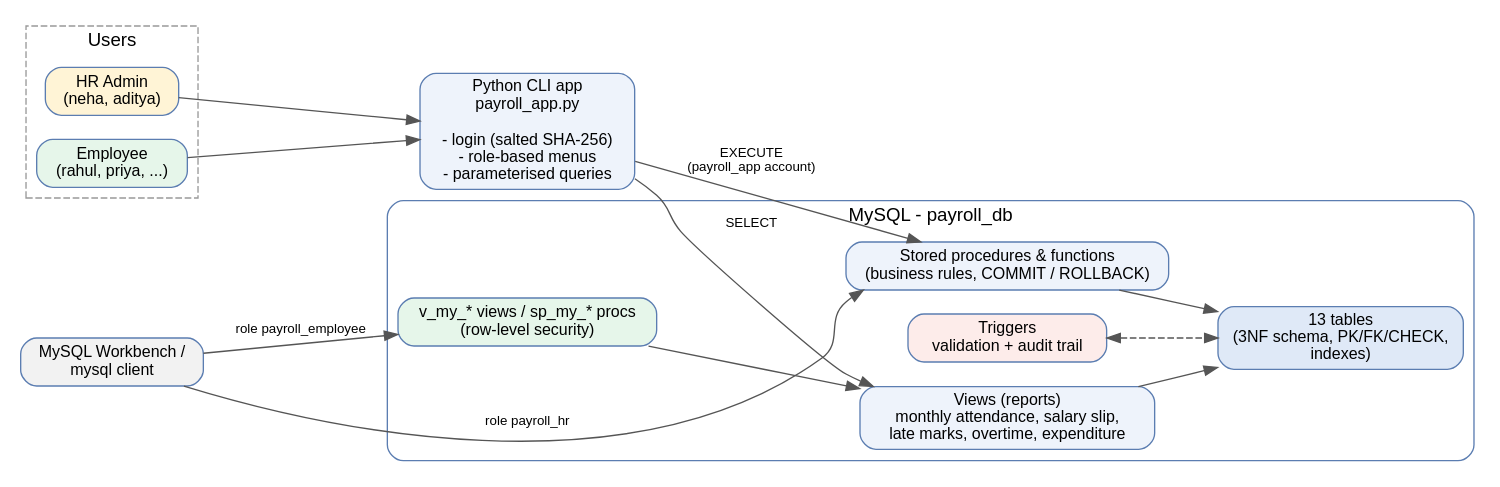
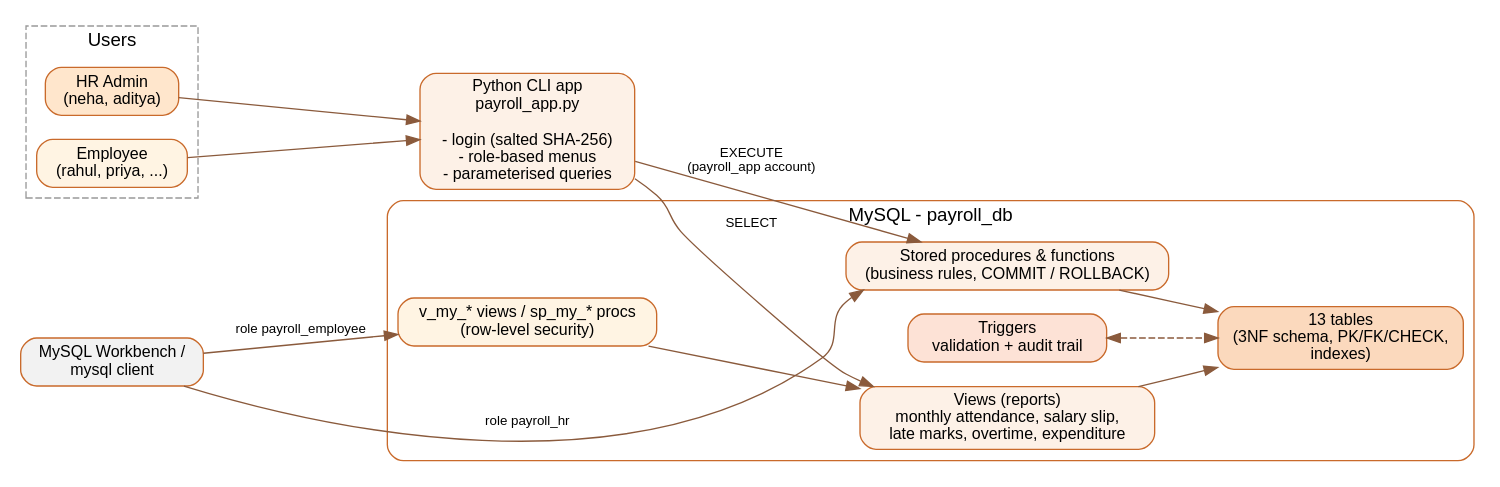
The diagram in docs/architecture.dot (Shivom-Sood/payroll-attendance-system), drawn with Graphviz before and after one commit. The commit also changed 5 other files, not shown here.

Commit message:
Report: orange theme, simplified cover; recolour diagrams

```diff
--- a/docs/architecture.dot
+++ b/docs/architecture.dot
@@ -1,18 +1,18 @@
 digraph A {
-  rankdir=LR; fontname="Helvetica"; node [fontname="Helvetica", fontsize=12, shape=box, style="rounded,filled", fillcolor="#eef3fb", color="#5b7db1"];
-  edge [fontname="Helvetica", fontsize=10, color="#555555"];
+  rankdir=LR; fontname="Helvetica"; node [fontname="Helvetica", fontsize=12, shape=box, style="rounded,filled", fillcolor="#fdf1e7", color="#c96a2b"];
+  edge [fontname="Helvetica", fontsize=10, color="#8a5a3c"];
   subgraph cluster_users { label="Users"; style=dashed; color="#999999";
-    hr [label="HR Admin\n(neha, aditya)", fillcolor="#fff4d6"]; emp [label="Employee\n(rahul, priya, ...)", fillcolor="#e6f6ea"]; }
+    hr [label="HR Admin\n(neha, aditya)", fillcolor="#ffe6cc"]; emp [label="Employee\n(rahul, priya, ...)", fillcolor="#fff4e3"]; }
   app [label="Python CLI app\npayroll_app.py\n\n- login (salted SHA-256)\n- role-based menus\n- parameterised queries"];
-  subgraph cluster_db { label="MySQL - payroll_db"; color="#5b7db1"; style=rounded;
+  subgraph cluster_db { label="MySQL - payroll_db"; color="#c96a2b"; style=rounded;
     procs [label="Stored procedures & functions\n(business rules, COMMIT / ROLLBACK)"];
     views [label="Views (reports)\nmonthly attendance, salary slip,\nlate marks, overtime, expenditure"];
-    trg [label="Triggers\nvalidation + audit trail", fillcolor="#fdecea"];
-    tables [label="13 tables\n(3NF schema, PK/FK/CHECK,\nindexes)", fillcolor="#dfe9f7"];
-    myviews [label="v_my_* views / sp_my_* procs\n(row-level security)", fillcolor="#e6f6ea"]; }
+    trg [label="Triggers\nvalidation + audit trail", fillcolor="#fde2d6"];
+    tables [label="13 tables\n(3NF schema, PK/FK/CHECK,\nindexes)", fillcolor="#fbd9bd"];
+    myviews [label="v_my_* views / sp_my_* procs\n(row-level security)", fillcolor="#fff4e3"]; }
   wb [label="MySQL Workbench /\nmysql client", fillcolor="#f2f2f2"];
   hr -> app; emp -> app;
   app -> procs [label="EXECUTE\n(payroll_app account)"]; app -> views [label="SELECT"];
   procs -> tables; views -> tables; trg -> tables [dir=both, style=dashed]; myviews -> views;
   wb -> myviews [label="role payroll_employee"]; wb -> procs [label="role payroll_hr"];
 }
```
